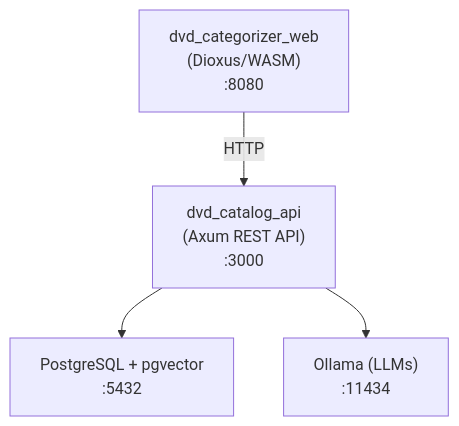
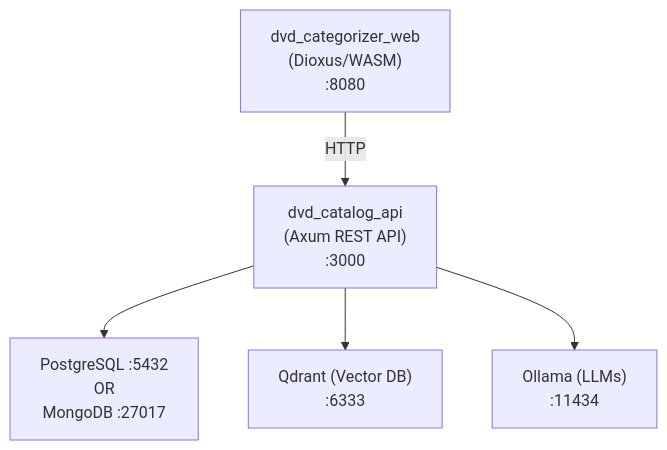
Before and after one commit to 1x2kb/dvd_categorize: the diagram in README.md, drawn with Mermaid. The commit also changed other lines of this file and 26 other files, not shown here.

````diff
--- a/README.md
+++ b/README.md
@@ -23,6 +23,7 @@
 ```mermaid
 flowchart TD
     Web["dvd_categorizer_web<br/>(Dioxus/WASM)<br/>:8080"] -->|HTTP| API["dvd_catalog_api<br/>(Axum REST API)<br/>:3000"]
-    API --> PG["PostgreSQL + pgvector<br/>:5432"]
+    API --> DB["PostgreSQL :5432<br/>OR<br/>MongoDB :27017"]
+    API --> Qdrant["Qdrant (Vector DB)<br/>:6333"]
     API --> Ollama["Ollama (LLMs)<br/>:11434"]
 ```
````
